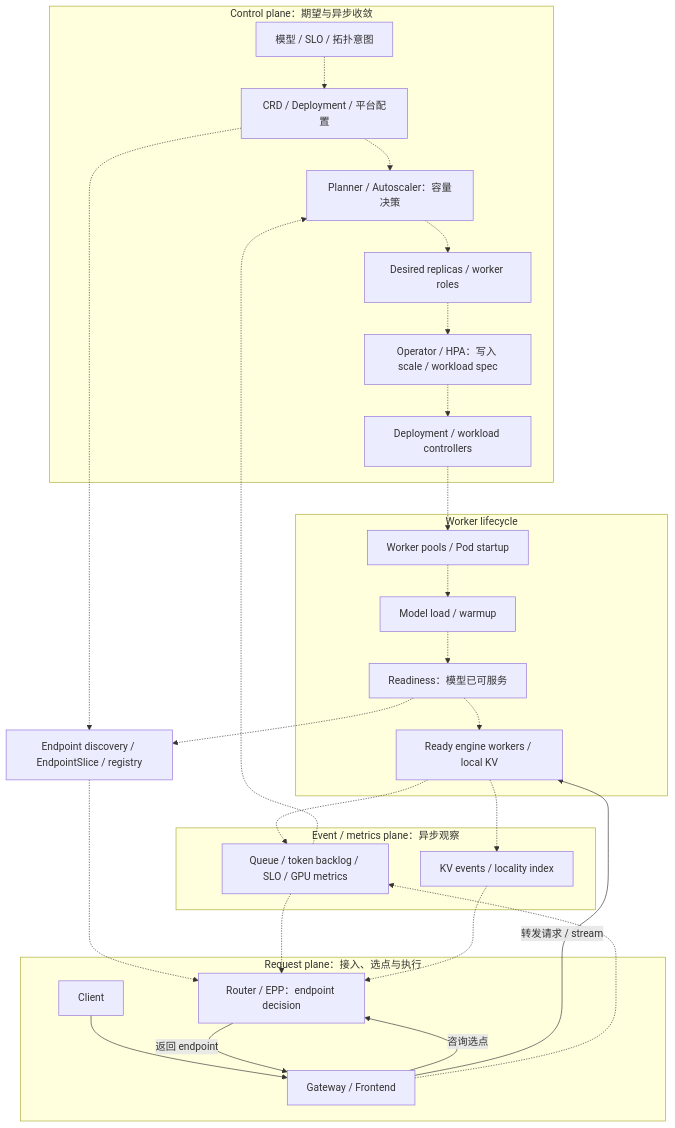
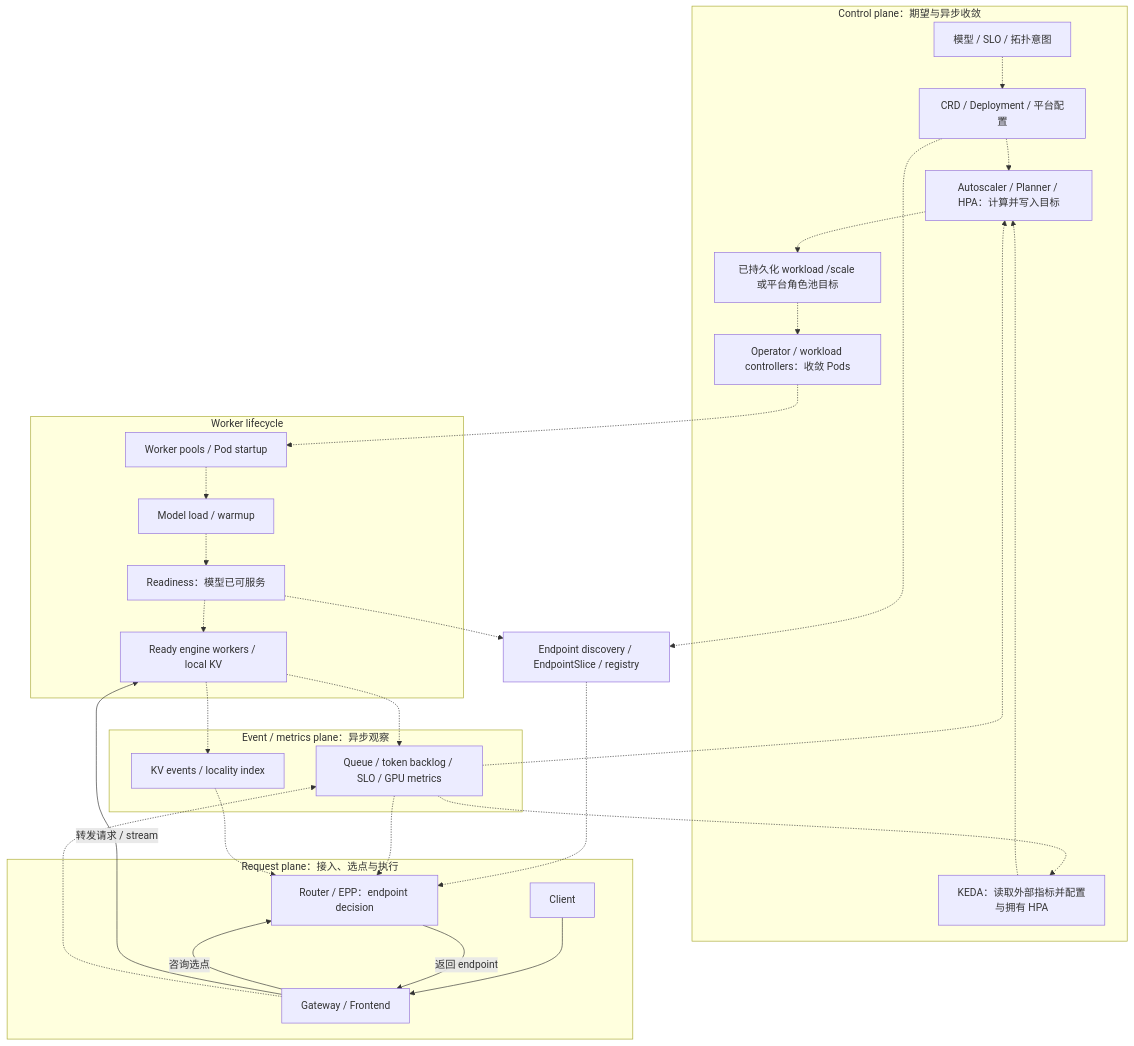
Before and after one commit to googs1025/llm-wiki: the first of 2 diagrams in wiki/analysis/llm-inference-serving-project-map.md, drawn with Mermaid. The commit also changed other lines of this file, not shown here.

Commit message:
fix: correct serving autoscaling roles

````diff
--- a/wiki/analysis/llm-inference-serving-project-map.md
+++ b/wiki/analysis/llm-inference-serving-project-map.md
@@ -42,49 +42,50 @@
 ```mermaid
 flowchart TB
     subgraph CTRL["Control plane：期望与异步收敛"]
         Intent["模型 / SLO / 拓扑意图"]
         Config["CRD / Deployment / 平台配置"]
-        Decide["Planner / Autoscaler：容量决策"]
-        Desired["Desired replicas / worker roles"]
-        Act["Operator / HPA：写入 scale / workload spec"]
-        Reconcile["Deployment / workload controllers"]
+        Decide["Autoscaler / Planner / HPA：计算并写入目标"]
+        Desired["已持久化 workload /scale 或平台角色池目标"]
+        Reconcile["Operator / workload controllers：收敛 Pods"]
+        Keda["KEDA：读取外部指标并配置与拥有 HPA"]
         Intent -.-> Config
         Config -.-> Decide
         Decide -.-> Desired
-        Desired -.-> Act
-        Act -.-> Reconcile
+        Desired -.-> Reconcile
+        Keda -.-> Decide
     end
     subgraph WORK["Worker lifecycle"]
         Pool["Worker pools / Pod startup"]
         Load["Model load / warmup"]
         Ready["Readiness：模型已可服务"]
         Engine["Ready engine workers / local KV"]
         Pool -.-> Load
         Load -.-> Ready
         Ready -.-> Engine
     end
     Discover["Endpoint discovery / EndpointSlice / registry"]
     subgraph REQ["Request plane：接入、选点与执行"]
         Client["Client"]
         Proxy["Gateway / Frontend"]
         Picker["Router / EPP：endpoint decision"]
         Client --> Proxy
         Proxy -->|"咨询选点"| Picker
         Picker -->|"返回 endpoint"| Proxy
         Proxy -->|"转发请求 / stream"| Engine
     end
     subgraph EVENT["Event / metrics plane：异步观察"]
         Metrics["Queue / token backlog / SLO / GPU metrics"]
         KV["KV events / locality index"]
     end
     Reconcile -.-> Pool
     Config -.-> Discover
     Ready -.-> Discover
     Discover -.-> Picker
     Engine -.-> Metrics
     Proxy -.-> Metrics
     Engine -.-> KV
     Metrics -.-> Decide
+    Metrics -.-> Keda
     Metrics -.-> Picker
     KV -.-> Picker
 ```
````
